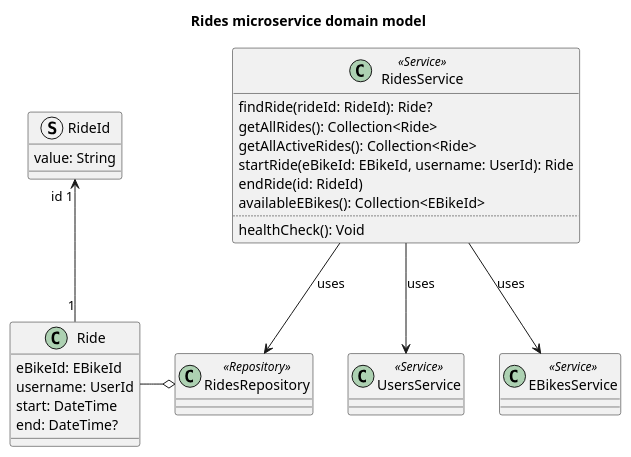
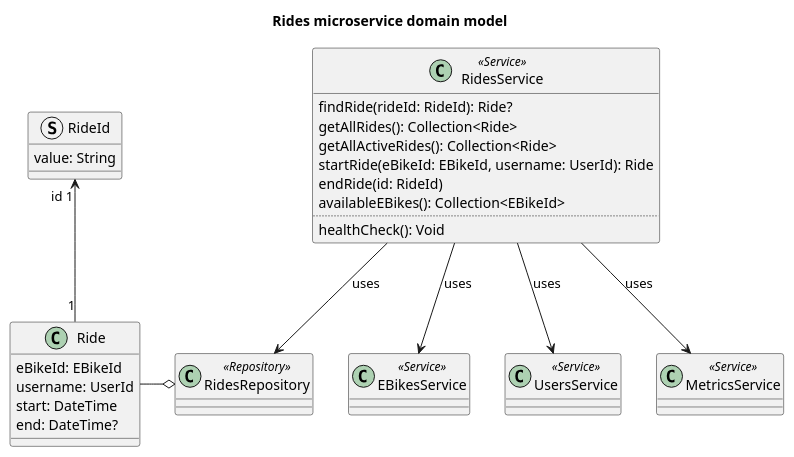
The diagram in doc/diagrams/src/rides-microservice-domain-model.puml (Ventus218/SAP-assignment-02), drawn with PlantUML before and after one commit. The commit also changed 3 other files, not shown here.

Commit message:
Added Metrics Service to domain model diagrams

```diff
--- a/doc/diagrams/src/rides-microservice-domain-model.puml
+++ b/doc/diagrams/src/rides-microservice-domain-model.puml
@@ -1,37 +1,41 @@
 @startuml rides-microservice-domain-model
 
 title Rides microservice domain model
 
 class Ride {
     eBikeId: EBikeId
     username: UserId
     start: DateTime
     end: DateTime?
 }
 struct RideId {
     value: String
 }
 Ride "1" -u-> "id 1" RideId
 
 class RidesRepository <<Repository>>
 RidesRepository o-l- Ride
 
-class UsersService <<Service>>
-class EBikesService <<Service>>
-
 class RidesService <<Service>> {
     findRide(rideId: RideId): Ride?
     getAllRides(): Collection<Ride>
     getAllActiveRides(): Collection<Ride>
     startRide(eBikeId: EBikeId, username: UserId): Ride
     endRide(id: RideId)
     availableEBikes(): Collection<EBikeId>
     ..
     healthCheck(): Void
 }
 
-RidesService --> EBikesService : "uses"
-RidesService --> UsersService : "uses"
 RidesService --> RidesRepository : "uses"
 
+class EBikesService <<Service>>
+RidesService --> EBikesService : "uses"
+
+class UsersService <<Service>>
+RidesService --> UsersService : "uses"
+
+class MetricsService <<Service>>
+RidesService --> MetricsService : "uses"
+
 @enduml
```
